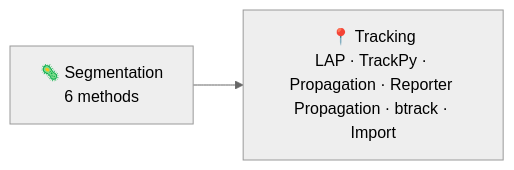
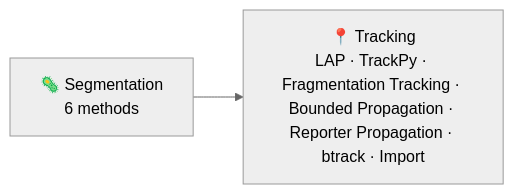
Before and after one commit to imAIgene-Dream3D/BEHAV3D: the diagram in docs/source/processing/index.md, drawn with Mermaid (neutral theme). The commit also changed other lines of this file and 10 other files, not shown here.

````diff
--- a/docs/source/processing/index.md
+++ b/docs/source/processing/index.md
@@ -5,4 +5,4 @@
 ```{mermaid}
 flowchart LR
-    Seg["🦠 Segmentation<br/>6 methods"] --> Trk["📍 Tracking<br/>LAP · TrackPy · Propagation · Reporter Propagation · btrack · Import"]
+    Seg["🦠 Segmentation<br/>6 methods"] --> Trk["📍 Tracking<br/>LAP · TrackPy · Fragmentation Tracking · Bounded Propagation · Reporter Propagation · btrack · Import"]
 ```
````
